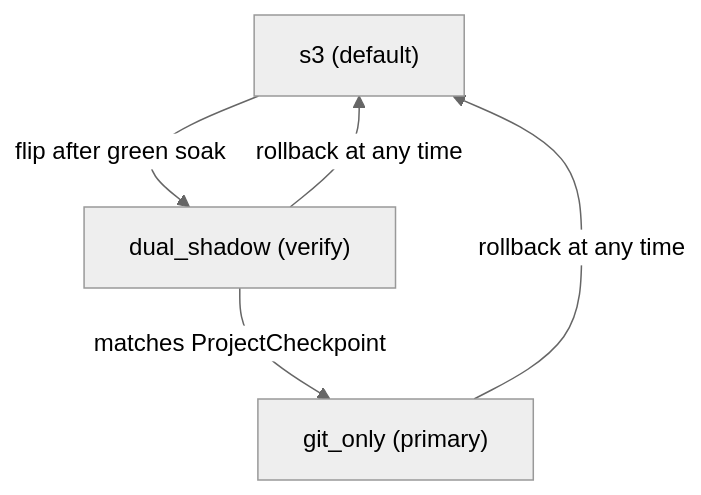
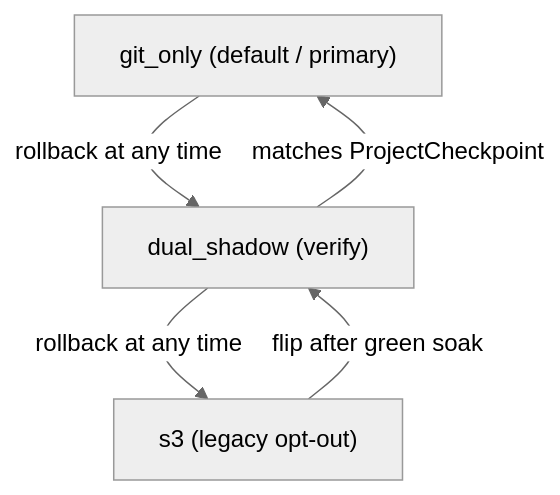
One commit to shogo-labs/shogo-ai changed the first of 3 diagrams in apps/docs/docs/architecture/cloud-pod-sync.md. Above: the diagram before and after it, drawn with Mermaid (neutral theme). The commit also changed other lines of this file and 30 other files, not shown here.

````diff
--- a/apps/docs/docs/architecture/cloud-pod-sync.md
+++ b/apps/docs/docs/architecture/cloud-pod-sync.md
@@ -45,10 +77,10 @@
 ```mermaid
 flowchart TB
-  S3Mode["s3 (default)"]
+  GitMode["git_only (default / primary)"]
   DualMode["dual_shadow (verify)"]
-  GitMode["git_only (primary)"]
+  S3Mode["s3 (legacy opt-out)"]
+  GitMode -->|"rollback at any time"| DualMode
+  DualMode -->|"rollback at any time"| S3Mode
   S3Mode -->|"flip after green soak"| DualMode
   DualMode -->|"matches ProjectCheckpoint"| GitMode
-  GitMode -->|"rollback at any time"| S3Mode
-  DualMode -->|"rollback at any time"| S3Mode
 ```
````
